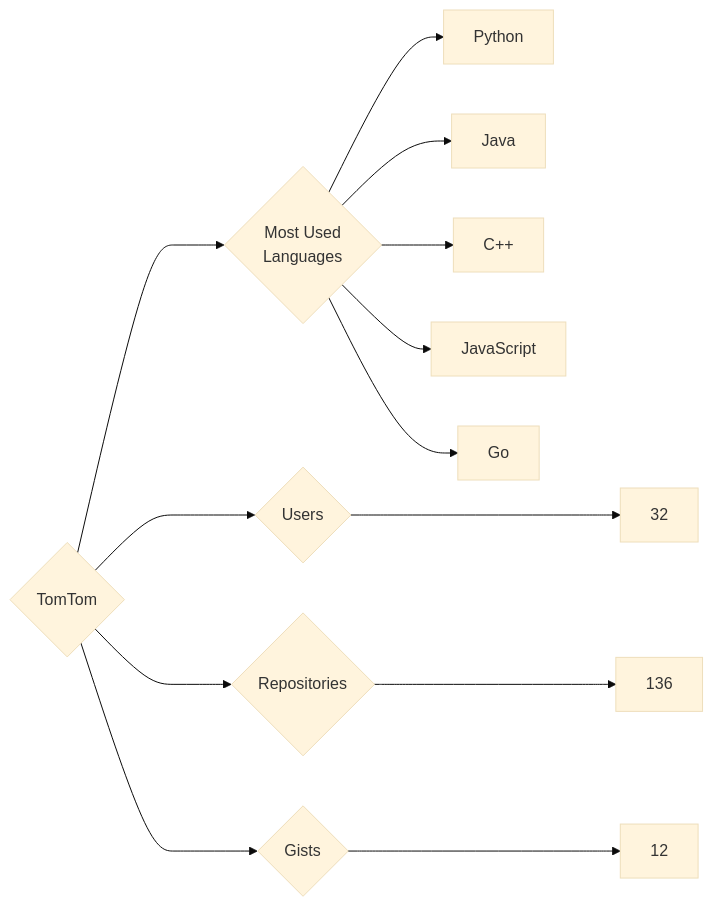
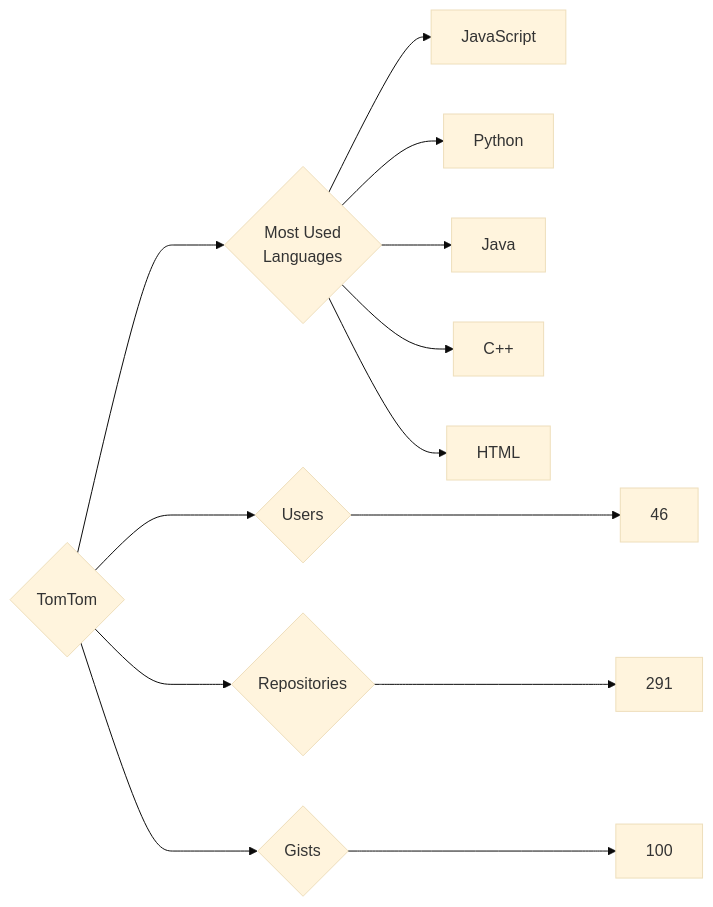
Before and after one commit to trickest/insiders: the diagram in targets/TomTom/README.md, drawn with Mermaid (base theme). The commit also changed 796 other files, not shown here.

````diff
--- a/targets/TomTom/README.md
+++ b/targets/TomTom/README.md
@@ -3,13 +3,13 @@
 ```mermaid
 graph LR
 COMPANY_NAME{TomTom}
-COMPANY_NAME ---> U{Users} ---> UN[32]
-COMPANY_NAME ---> R{Repositories} ---> RN[136]
-COMPANY_NAME ---> G{Gists} ---> GN[12]
+COMPANY_NAME ---> U{Users} ---> UN[46]
+COMPANY_NAME ---> R{Repositories} ---> RN[291]
+COMPANY_NAME ---> G{Gists} ---> GN[100]
 COMPANY_NAME ---> ML{Most Used<br>Languages}
+ML --> JavaScript[JavaScript]
 ML --> Python[Python]
 ML --> Java[Java]
 ML --> C++[C++]
-ML --> JavaScript[JavaScript]
-ML --> Go[Go]
+ML --> HTML[HTML]
 ```
````
